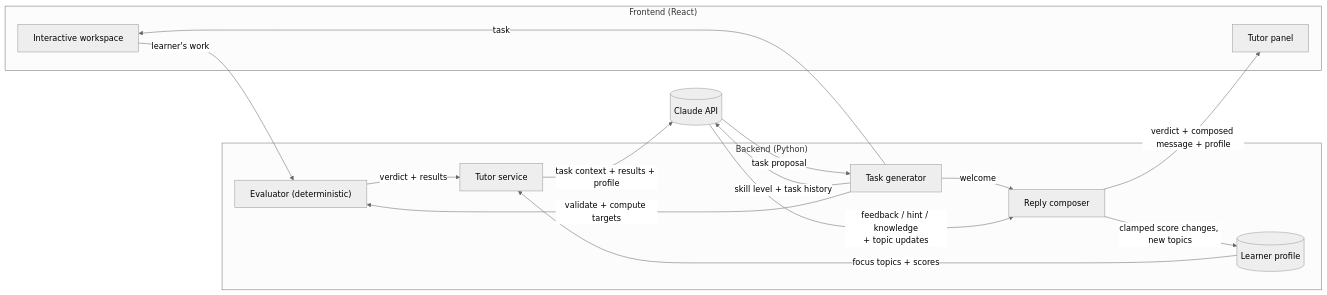
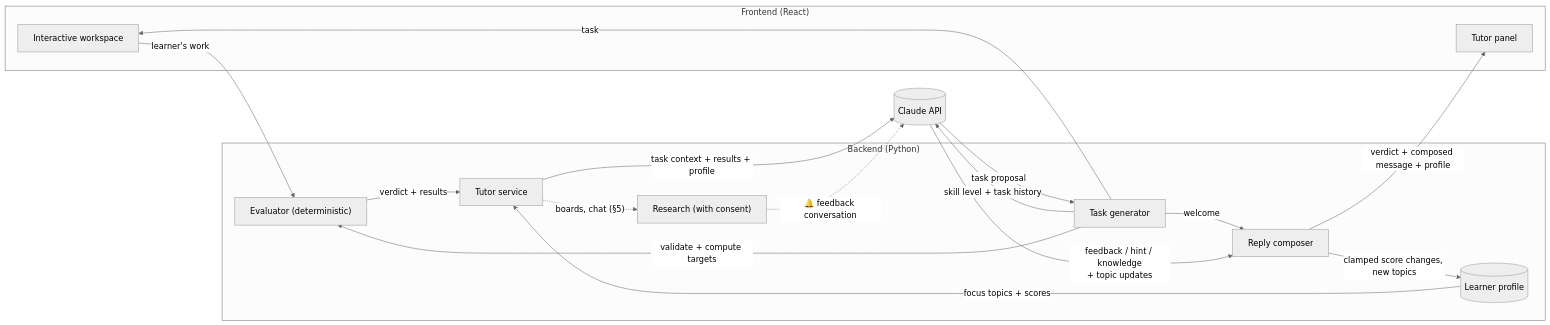
One commit to VOxFF/schematics-ai-tutor changed the first of 6 diagrams in docs/design.md. Above: the diagram before and after it, drawn with Mermaid (neutral theme). The commit also changed other lines of this file and 16 other files, not shown here.

First line of the commit message:
Design: learner experience research: consent, records, the feedback prompt, research.py

````diff
--- a/docs/design.md
+++ b/docs/design.md
@@ -30,28 +30,31 @@
 ```mermaid
 flowchart LR
     subgraph FE["Frontend (React)"]
         W[Interactive workspace]
         T[Tutor panel]
     end
     subgraph BE["Backend (Python)"]
         TG[Task generator]
         E["Evaluator (deterministic)"]
         TS[Tutor service]
         RC[Reply composer]
         LP[(Learner profile)]
+        RS["Research (with consent)"]
     end
     C[(Claude API)]
 
     TG -- "skill level + task history" --> C
     C -- "task proposal" --> TG
     TG -- "validate + compute targets" --> E
     TG -- "task" --> W
     TG -- "welcome" --> RC
     W -- "learner's work" --> E
     E -- verdict + results --> TS
     LP -- "focus topics + scores" --> TS
     TS -- "task context + results + profile" --> C
     C -- "feedback / hint / knowledge<br/>+ topic updates" --> RC
     RC -- "clamped score changes, new topics" --> LP
     RC -- "verdict + composed message + profile" --> T
+    TS -. "boards, chat (§5)" .-> RS
+    RS -. "🔔 feedback conversation" .-> C
 ```
````
